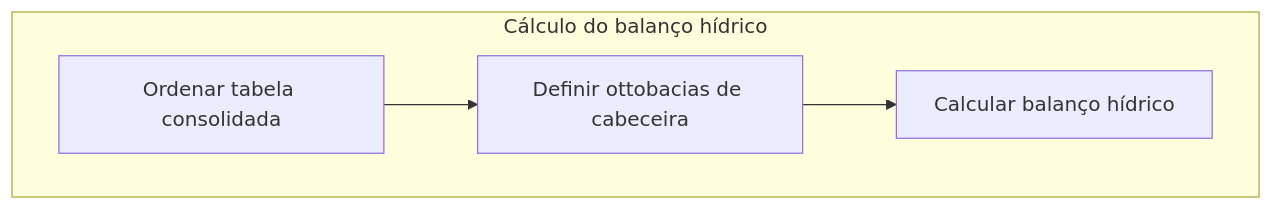
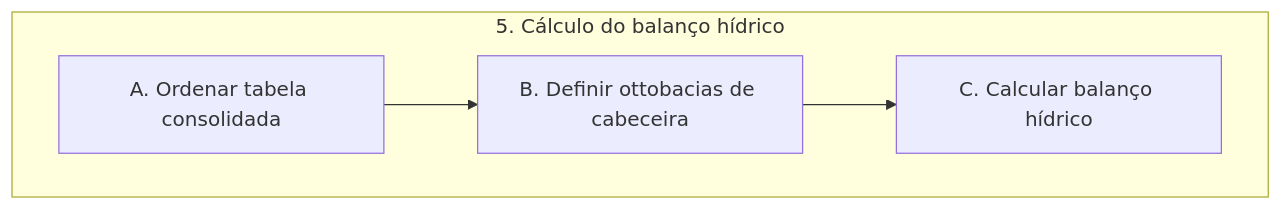
Before and after one commit to brunoguterres/ParaibaHidroGIS: the sixth of 6 diagrams in pyqgis/documentacao.md, drawn with Mermaid. The commit also changed other lines of this file and 2 other files, not shown here.

````diff
--- a/pyqgis/documentacao.md
+++ b/pyqgis/documentacao.md
@@ -230,7 +277,7 @@
 ```mermaid
     flowchart TD
-    subgraph A[Cálculo do balanço hídrico]
-        B[Ordenar tabela consolidada] --> C[Definir ottobacias de cabeceira]
-        C --> D[Calcular balanço hídrico]
+    subgraph A[5. Cálculo do balanço hídrico]
+        B[A. Ordenar tabela consolidada] --> C[B. Definir ottobacias de cabeceira]
+        C --> D[C. Calcular balanço hídrico]
     end
 ```
````
